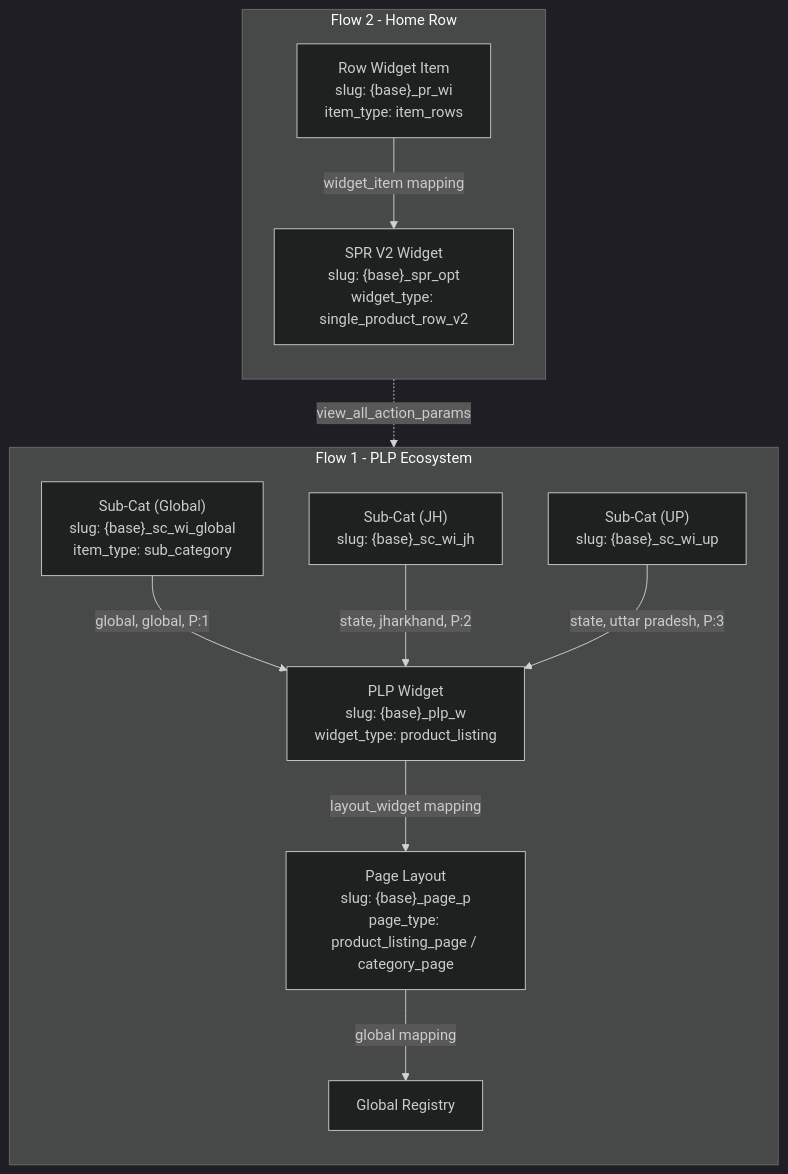
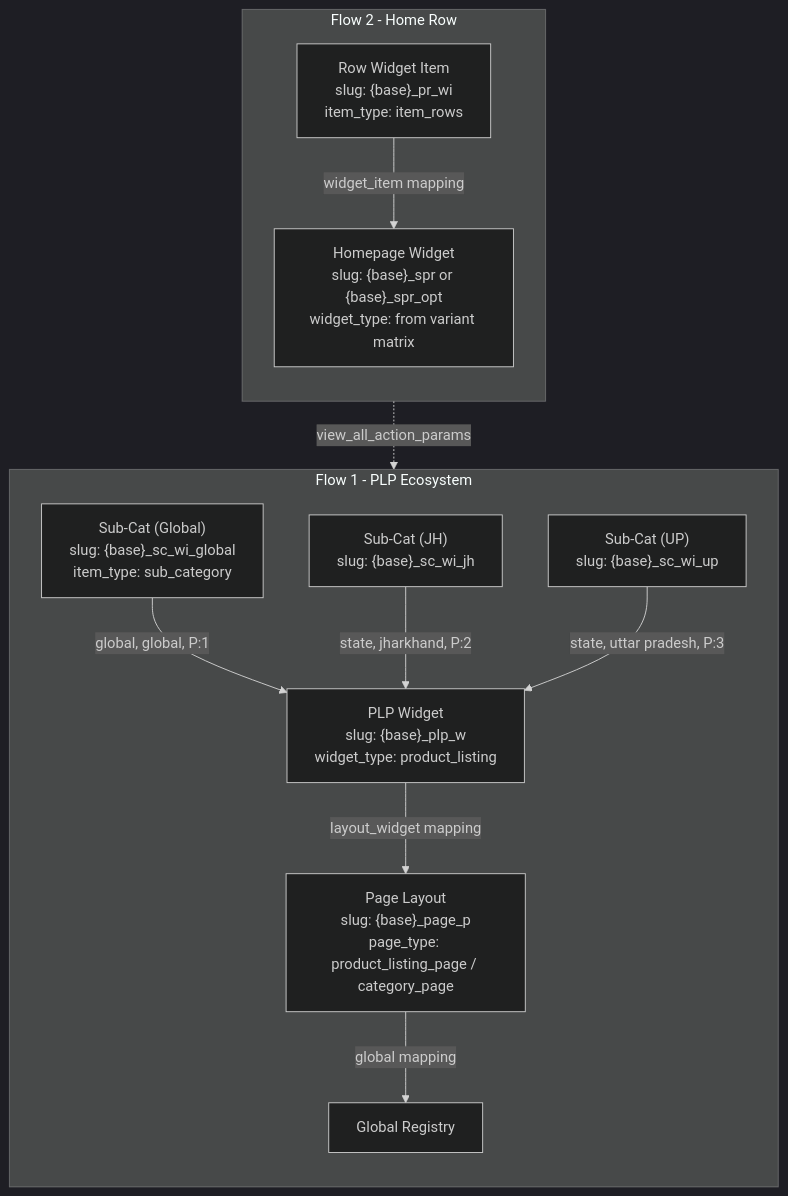
The second of 2 diagrams in wiki/Widget-spr.md (satyamgupta1312/Optimus), drawn with Mermaid (dark theme) before and after one commit. The commit also changed other lines of this file and 101 other files, not shown here.

````diff
--- a/wiki/Widget-spr.md
+++ b/wiki/Widget-spr.md
@@ -200,29 +200,29 @@
 ```mermaid
 flowchart TD
     subgraph Flow 1 - PLP Ecosystem
         direction TB
         SC_G["Sub-Cat (Global)\nslug: {base}_sc_wi_global\nitem_type: sub_category"]
         SC_JH["Sub-Cat (JH)\nslug: {base}_sc_wi_jh"]
         SC_UP["Sub-Cat (UP)\nslug: {base}_sc_wi_up"]
 
         PLP["PLP Widget\nslug: {base}_plp_w\nwidget_type: product_listing"]
         Page["Page Layout\nslug: {base}_page_p\npage_type: product_listing_page / category_page"]
 
         SC_G -->|"global, global, P:1"| PLP
         SC_JH -->|"state, jharkhand, P:2"| PLP
         SC_UP -->|"state, uttar pradesh, P:3"| PLP
 
         PLP -->|"layout_widget mapping"| Page
         Page -->|"global mapping"| Global[Global Registry]
     end
 
     subgraph Flow 2 - Home Row
         direction TB
         RI["Row Widget Item\nslug: {base}_pr_wi\nitem_type: item_rows"]
-        SPR["SPR V2 Widget\nslug: {base}_spr_opt\nwidget_type: single_product_row_v2"]
+        SPR["Homepage Widget\nslug: {base}_spr or {base}_spr_opt\nwidget_type: from variant matrix"]
 
         RI -->|"widget_item mapping"| SPR
     end
 
     SPR -.->|"view_all_action_params"| Page
 ```
````
